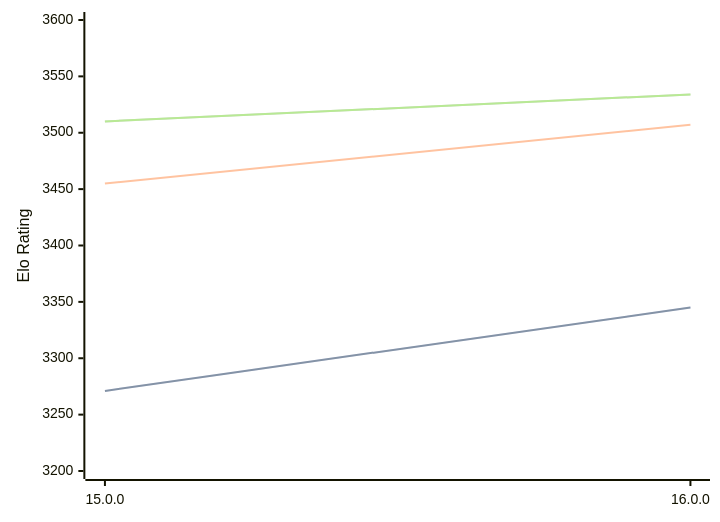
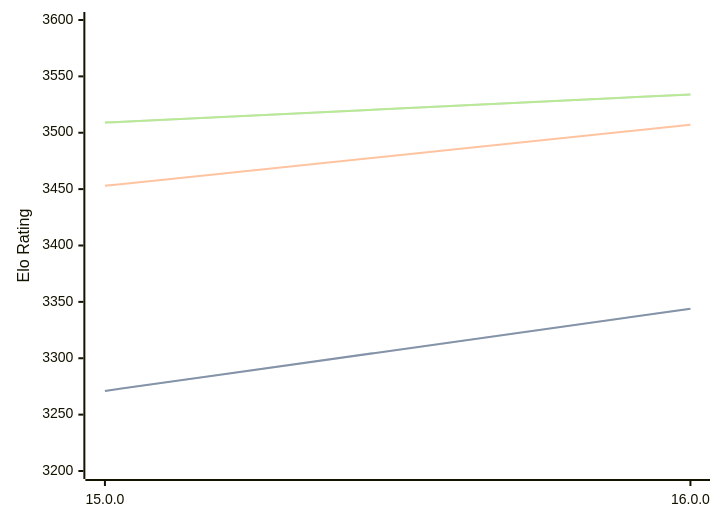
Before and after one commit to computer-chess-index/cci: the third of 3 diagrams in engines/Halogen.md, drawn with Mermaid. The commit also changed other lines of this file, not shown here.

Commit message:
Update CCI Ratings (ELO VLTC) - 2026-06-19

````diff
--- a/engines/Halogen.md
+++ b/engines/Halogen.md
@@ -83,11 +83,11 @@
 ```mermaid
 %%{init: {"theme":"base","themeVariables":{"seriesColors:['#a3a3a3','#222221','#faa371']}}}%%
 xychart-beta
   x-axis ["15.0.0", "16.0.0"]
   y-axis "Elo Rating" 3200 --> 3600
-  line "STC (8.0+0.08s)" [3271, 3345]
-  line "STC (8.0+0.08s)" [3271, 3345]
-  line "LTC (60.0+0.60s)" [3455, 3507]
-  line "VLTC (2m24s+1.12s)" [3510, 3534]
-  line "VLTC (2m24s+1.12s)" [3510, 3534]
+  line "STC (8.0+0.08s)" [3271, 3344]
+  line "STC (8.0+0.08s)" [3271, 3344]
+  line "LTC (60.0+0.60s)" [3453, 3507]
+  line "VLTC (2m24s+1.12s)" [3509, 3534]
+  line "VLTC (2m24s+1.12s)" [3509, 3534]
 ```
````
